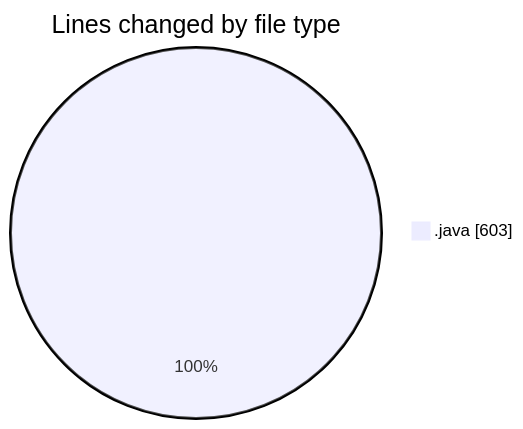
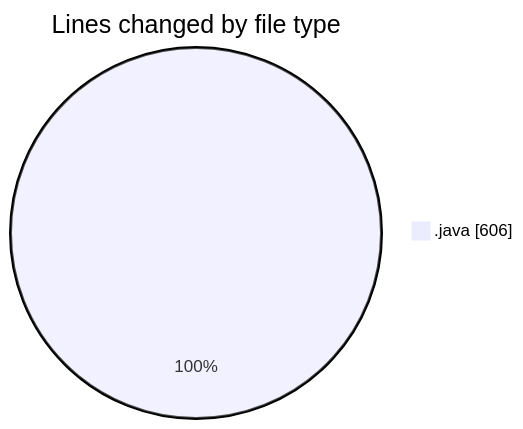
Before and after one commit to ricardozamudiocil/code-tracking: the first of 2 diagrams in 2026-08-26/cilreports__workspace_/README.md, drawn with Mermaid. The commit also changed other lines of this file and 1 other file, not shown here.

````diff
--- a/2026-08-26/cilreports__workspace_/README.md
+++ b/2026-08-26/cilreports__workspace_/README.md
@@ -20,5 +20,5 @@
 ```mermaid
 pie showData
 title Lines changed by file type
-".java" : 603
+".java" : 606
 ```
````
